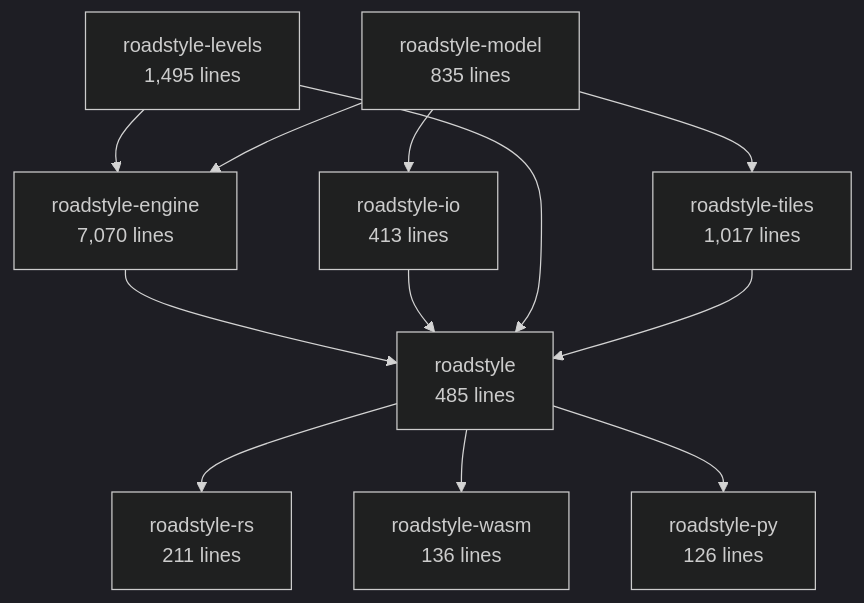
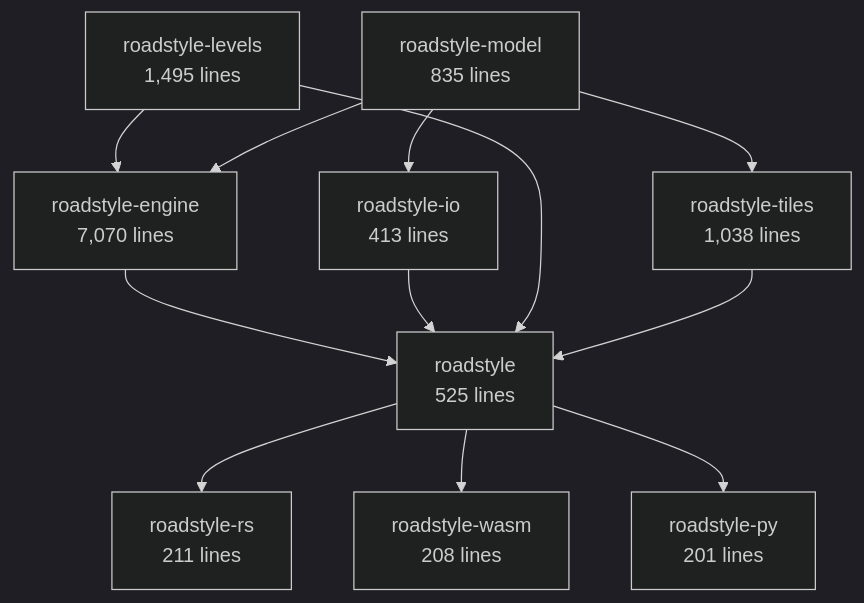
The second of 6 diagrams in docs/rust/architecture.md (Khoshkhah/roadstyle), drawn with Mermaid (dark theme) before and after one commit. The commit also changed other lines of this file, not shown here.

Commit message:
docs: the architecture page made again from the code (the stage calls)

````diff
--- a/docs/rust/architecture.md
+++ b/docs/rust/architecture.md
@@ -69,23 +69,23 @@
 ```mermaid
 flowchart TB
     roadstyle_model["roadstyle-model<br/>835 lines"]
     roadstyle_io["roadstyle-io<br/>413 lines"]
     roadstyle_levels["roadstyle-levels<br/>1,495 lines"]
     roadstyle_engine["roadstyle-engine<br/>7,070 lines"]
-    roadstyle_tiles["roadstyle-tiles<br/>1,017 lines"]
-    roadstyle["roadstyle<br/>485 lines"]
+    roadstyle_tiles["roadstyle-tiles<br/>1,038 lines"]
+    roadstyle["roadstyle<br/>525 lines"]
     roadstyle_rs["roadstyle-rs<br/>211 lines"]
-    roadstyle_wasm["roadstyle-wasm<br/>136 lines"]
-    roadstyle_py["roadstyle-py<br/>126 lines"]
+    roadstyle_wasm["roadstyle-wasm<br/>208 lines"]
+    roadstyle_py["roadstyle-py<br/>201 lines"]
     roadstyle_model --> roadstyle_io
     roadstyle_levels --> roadstyle_engine
     roadstyle_model --> roadstyle_engine
     roadstyle_model --> roadstyle_tiles
     roadstyle_engine --> roadstyle
     roadstyle_io --> roadstyle
     roadstyle_levels --> roadstyle
     roadstyle_tiles --> roadstyle
     roadstyle --> roadstyle_rs
     roadstyle --> roadstyle_wasm
     roadstyle --> roadstyle_py
 ```
````
